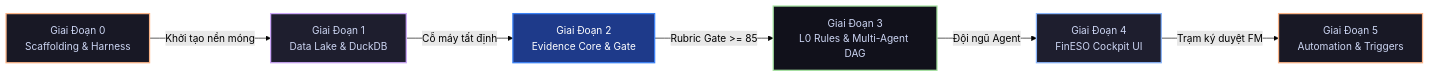
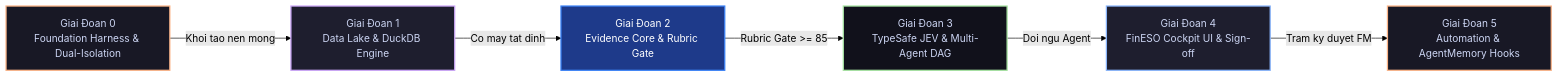
One commit to thangs2/FinESO changed the diagram in SDLC/08.wbs/01.wbs-master-plan.md. Above: the diagram before and after it, drawn with Mermaid (forest theme). The commit also changed other lines of this file and 43 other files, not shown here.

First line of the commit message:
refactor(arch): localize governance and architecture docs to English and standardize structure

````diff
--- a/SDLC/08.wbs/01.wbs-master-plan.md
+++ b/SDLC/08.wbs/01.wbs-master-plan.md
@@ -21,14 +22,14 @@
 ```mermaid
 flowchart LR
     classDef service fill:#11111b,stroke:#a6e3a1,stroke-width:2px,color:#cdd6f4;
     classDef edge fill:#181825,stroke:#fab387,stroke-width:2px,color:#cdd6f4;
     classDef client fill:#1e1e2e,stroke:#89b4fa,stroke-width:2px,color:#cdd6f4;
     classDef statusGate fill:#1e3a8a,stroke:#3b82f6,stroke-width:2px,color:#ffffff;
     classDef data fill:#1e1e2e,stroke:#cba6f7,stroke-width:2px,color:#cdd6f4;
 
-    P0["Giai Đoạn 0<br/>Scaffolding & Harness"]:::edge -->|Khởi tạo nền móng| P1["Giai Đoạn 1<br/>Data Lake & DuckDB"]:::data
-    P1 -->|Cỗ máy tất định| P2["Giai Đoạn 2<br/>Evidence Core & Gate"]:::statusGate
-    P2 -->|Rubric Gate >= 85| P3["Giai Đoạn 3<br/>L0 Rules & Multi-Agent DAG"]:::service
-    P3 -->|Đội ngũ Agent| P4["Giai Đoạn 4<br/>FinESO Cockpit UI"]:::client
-    P4 -->|Trạm ký duyệt FM| P5["Giai Đoạn 5<br/>Automation & Triggers"]:::edge
+    P0["Giai Đoan 0<br/>Foundation Harness & Dual-Isolation"]:::edge -->|Khoi tao nen mong| P1["Giai Đoan 1<br/>Data Lake & DuckDB Engine"]:::data
+    P1 -->|Co may tat dinh| P2["Giai Đoan 2<br/>Evidence Core & Rubric Gate"]:::statusGate
+    P2 -->|Rubric Gate >= 85| P3["Giai Đoan 3<br/>TypeSafe JEV & Multi-Agent DAG"]:::service
+    P3 -->|Doi ngu Agent| P4["Giai Đoan 4<br/>FinESO Cockpit UI & Sign-off"]:::client
+    P4 -->|Tram ky duyet FM| P5["Giai Đoan 5<br/>Automation & AgentMemory Hooks"]:::edge
 ```
````
